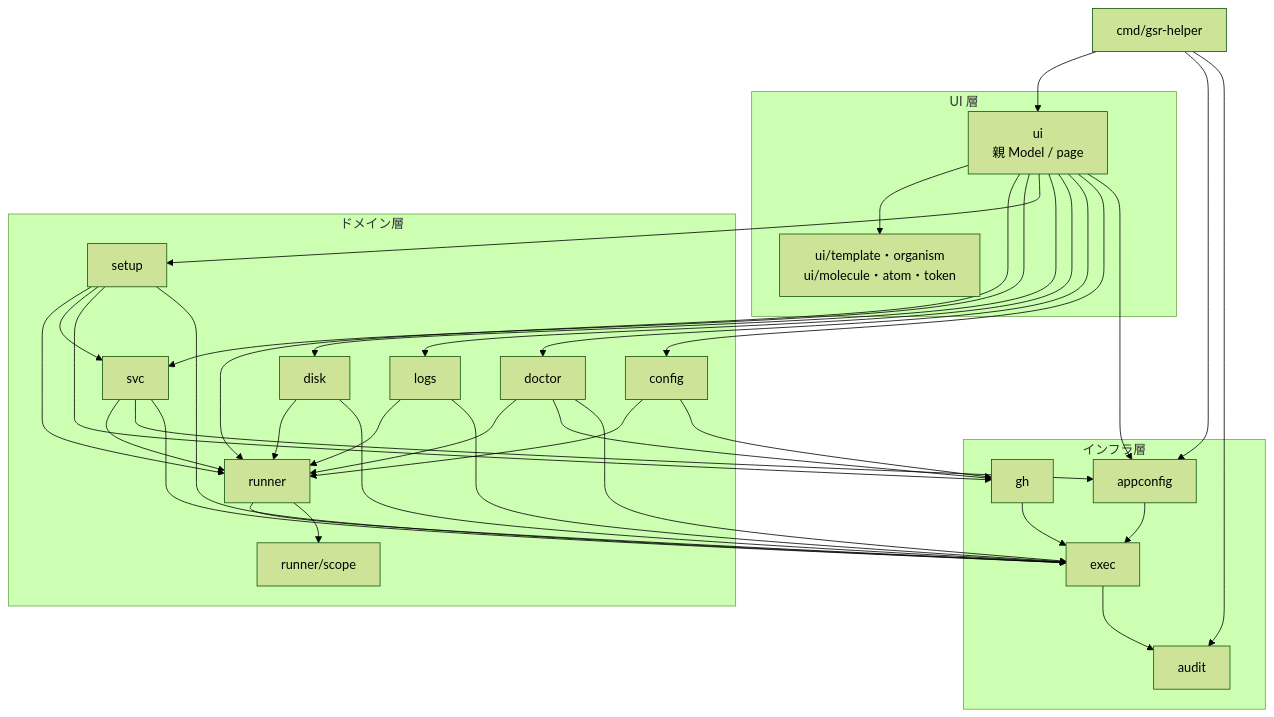
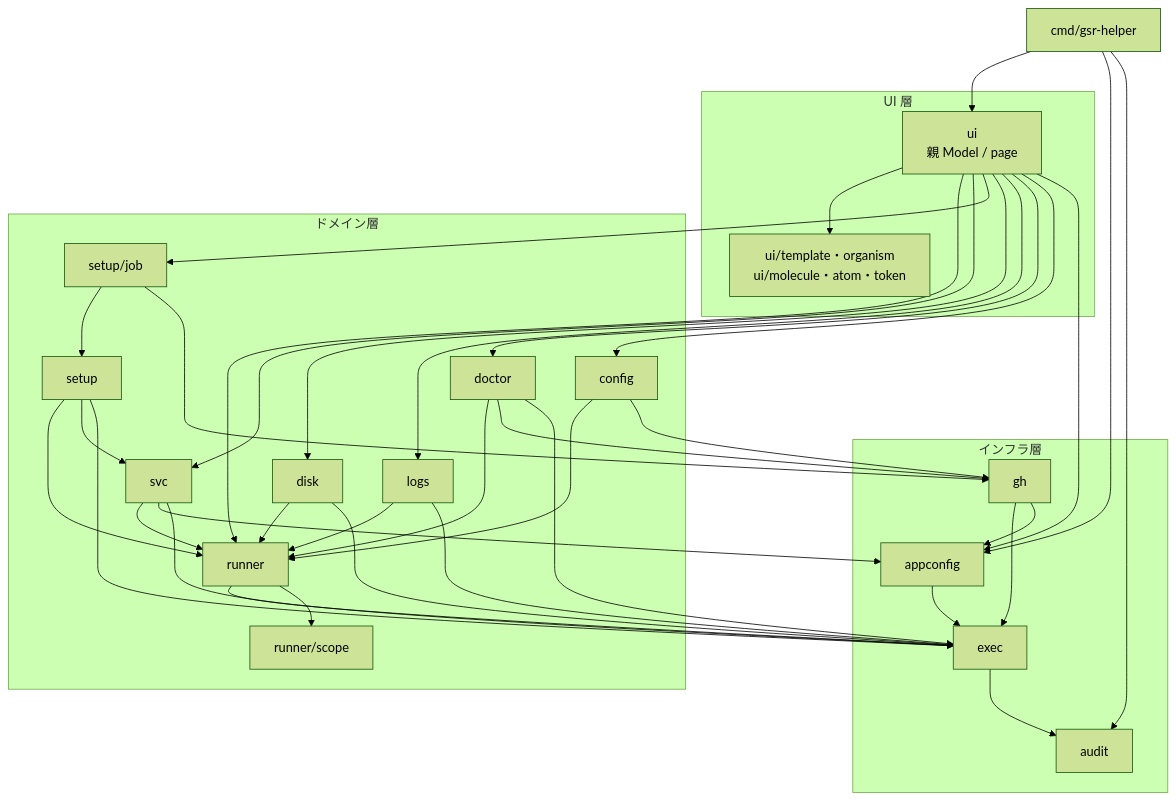
Before and after one commit to ousiassllc/gsr-helper: the diagram in docs/components/overview.md, drawn with Mermaid (forest theme). The commit also changed other lines of this file and 15 other files, not shown here.

````diff
--- a/docs/components/overview.md
+++ b/docs/components/overview.md
@@ -7,65 +7,68 @@
 ```mermaid
 graph TD
     Main[cmd/gsr-helper]
 
     subgraph UI[UI 層]
         UIApp[ui<br/>親 Model / page]
         UIParts[ui/template・organism<br/>ui/molecule・atom・token]
     end
 
     subgraph Domain[ドメイン層]
         Runner[runner]
         RScope[runner/scope]
         Svc[svc]
         Setup[setup]
+        SetupJob[setup/job]
         Disk[disk]
         Logs[logs]
         Doctor[doctor]
         Config[config]
     end
 
     subgraph Infra[インフラ層]
         Exec[exec]
         GH[gh]
         Audit[audit]
         Appconf[appconfig]
     end
 
     Main --> UIApp
     Main --> Appconf
     Main --> Audit
 
     UIApp --> UIParts
 
     UIApp --> Runner
     UIApp --> Svc
-    UIApp --> Setup
+    UIApp --> SetupJob
     UIApp --> Disk
     UIApp --> Logs
     UIApp --> Doctor
     UIApp --> Config
     UIApp --> Appconf
 
     Svc --> Runner
     Svc --> Appconf
+    SetupJob --> Setup
+    SetupJob --> GH
     Setup --> Runner
     Setup --> Svc
-    Setup --> GH
     Disk --> Runner
     Logs --> Runner
     Doctor --> Runner
     Doctor --> GH
     Config --> Runner
     Config --> GH
 
     Runner --> Exec
     Runner --> RScope
     Svc --> Exec
     Setup --> Exec
     Disk --> Exec
     Logs --> Exec
     Doctor --> Exec
     GH --> Exec
+    GH --> Appconf
     Appconf --> Exec
     Exec --> Audit
 ```
````
